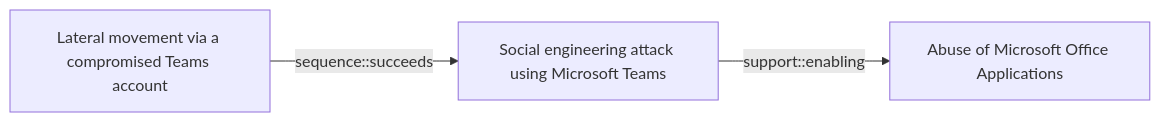
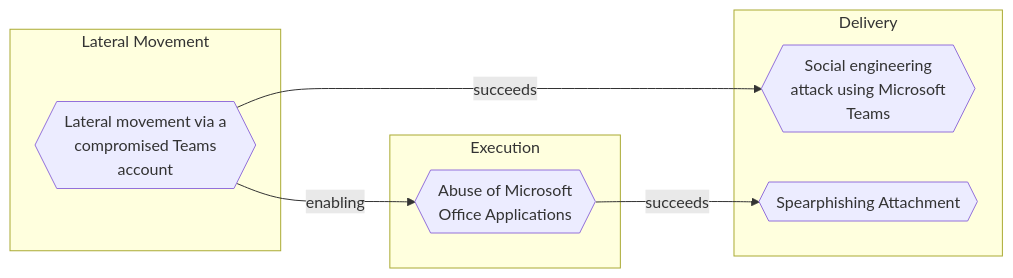
Before and after one commit to opentidehq/library: the diagram in docs/threats/lateral-movement-via-a-compromised-teams-account.md, drawn with Mermaid. The commit also changed other lines of this file and 540 other files, not shown here.

````diff
--- a/docs/threats/lateral-movement-via-a-compromised-teams-account.md
+++ b/docs/threats/lateral-movement-via-a-compromised-teams-account.md
@@ -90,8 +106,16 @@
 ```mermaid
 flowchart LR
-cc9003f7_a9e3_4407_a1ca_d514af469787["Lateral movement via a compromised Teams account"]
-06c60af1_5fa8_493c_bf9b_6b2e215819f1["Social engineering attack using Microsoft Teams"]
-b663b684_a80f_4570_89b6_2f7faa16fece["Abuse of Microsoft Office Applications"]
-cc9003f7_a9e3_4407_a1ca_d514af469787 -->|sequence::succeeds| 06c60af1_5fa8_493c_bf9b_6b2e215819f1
-06c60af1_5fa8_493c_bf9b_6b2e215819f1 -->|support::enabling| b663b684_a80f_4570_89b6_2f7faa16fece
+subgraph "Lateral Movement"
+cc9003f7_a9e3_4407_a1ca_d514af469787{{"Lateral movement via a<br>compromised Teams<br>account"}}
+end
+subgraph "Delivery"
+06c60af1_5fa8_493c_bf9b_6b2e215819f1{{"Social engineering<br>attack using Microsoft<br>Teams"}}
+dd5d942c_bac4_4000_b9a6_ca4fef6cfb84{{"Spearphishing Attachment"}}
+end
+subgraph "Execution"
+b663b684_a80f_4570_89b6_2f7faa16fece{{"Abuse of Microsoft<br>Office Applications"}}
+end
+cc9003f7_a9e3_4407_a1ca_d514af469787 -->|succeeds| 06c60af1_5fa8_493c_bf9b_6b2e215819f1
+cc9003f7_a9e3_4407_a1ca_d514af469787 -->|enabling| b663b684_a80f_4570_89b6_2f7faa16fece
+b663b684_a80f_4570_89b6_2f7faa16fece -->|succeeds| dd5d942c_bac4_4000_b9a6_ca4fef6cfb84
 ```
````
